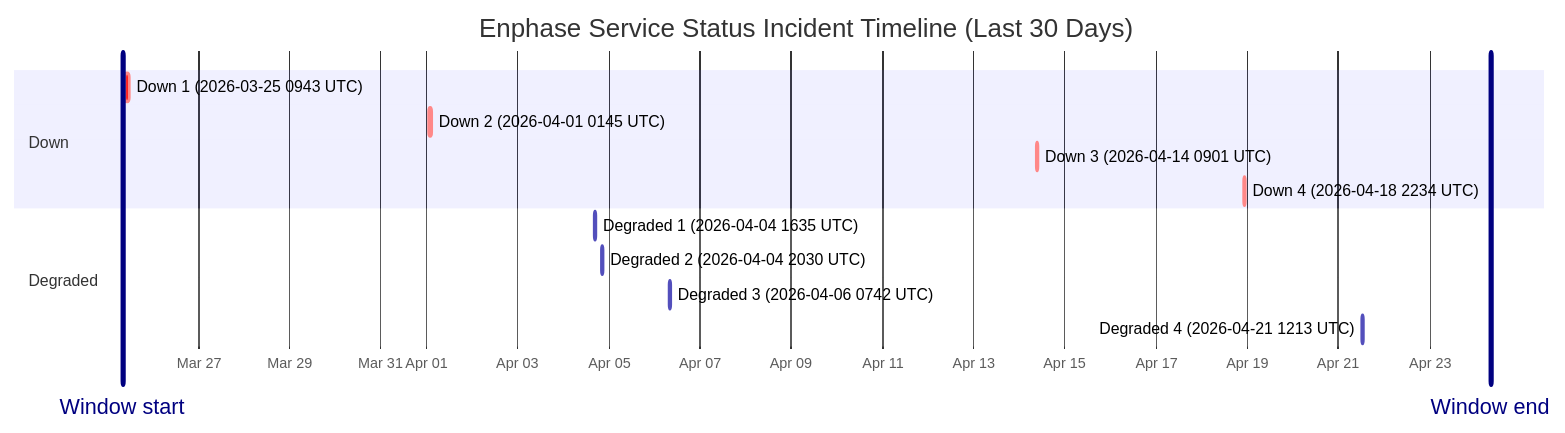
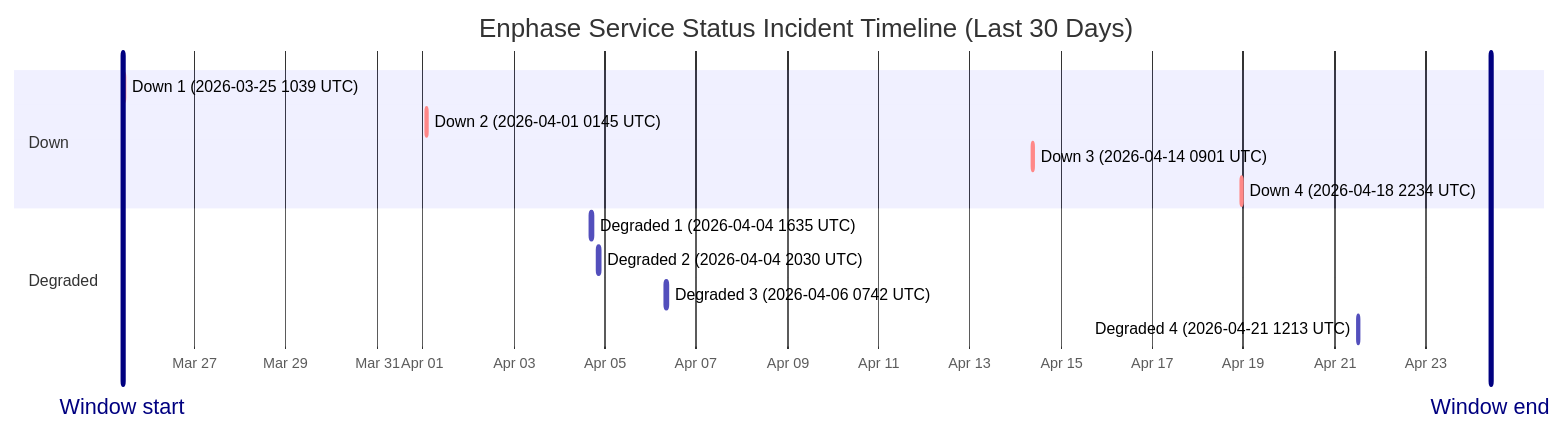
The diagram in wiki/Service-Status-History.md (barneyonline/ha-enphase-ev-charger), drawn with Mermaid before and after one commit. The commit also changed other lines of this file and 3 other files, not shown here.

````diff
--- a/wiki/Service-Status-History.md
+++ b/wiki/Service-Status-History.md
@@ -14,18 +14,18 @@
 ```mermaid
 gantt
     title Enphase Service Status Incident Timeline (Last 30 Days)
     dateFormat  YYYY-MM-DDTHH:mm:ss
     axisFormat  %b %d
-    Window start :vert, window-start, 2026-03-25T08:02:01, 0ms
-    Window end :vert, window-end, 2026-04-24T08:02:01, 0ms
+    Window start :vert, window-start, 2026-03-25T10:03:43, 0ms
+    Window end :vert, window-end, 2026-04-24T10:03:43, 0ms
     section Down
-    Down 1 (2026-03-25 0943 UTC) :crit, down-1, 2026-03-25T09:43:28, 111m
+    Down 1 (2026-03-25 1039 UTC) :crit, down-1, 2026-03-25T10:39:26, 60m
     Down 2 (2026-04-01 0145 UTC) :crit, down-2, 2026-04-01T01:45:09, 60m
     Down 3 (2026-04-14 0901 UTC) :crit, down-3, 2026-04-14T09:01:13, 60m
     Down 4 (2026-04-18 2234 UTC) :crit, down-4, 2026-04-18T22:34:13, 60m
     section Degraded
     Degraded 1 (2026-04-04 1635 UTC) :active, degraded-1, 2026-04-04T16:35:17, 60m
     Degraded 2 (2026-04-04 2030 UTC) :active, degraded-2, 2026-04-04T20:30:40, 60m
     Degraded 3 (2026-04-06 0742 UTC) :active, degraded-3, 2026-04-06T07:42:09, 85m
     Degraded 4 (2026-04-21 1213 UTC) :active, degraded-4, 2026-04-21T12:13:11, 60m
 ```
````
